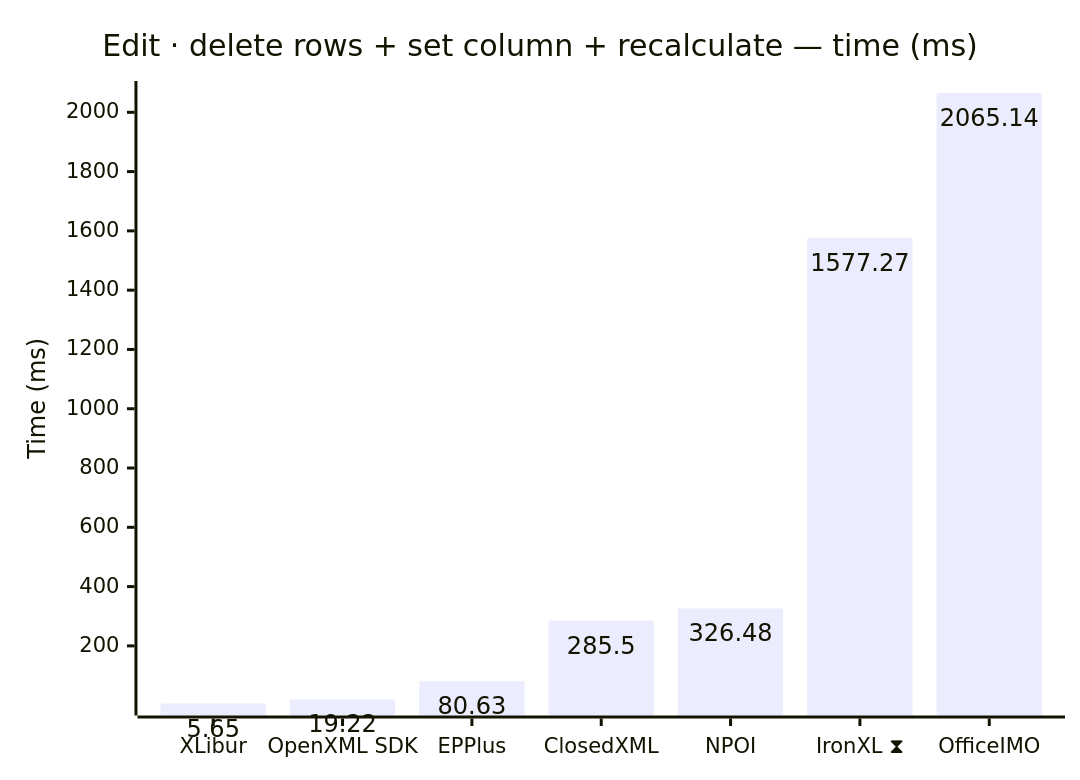
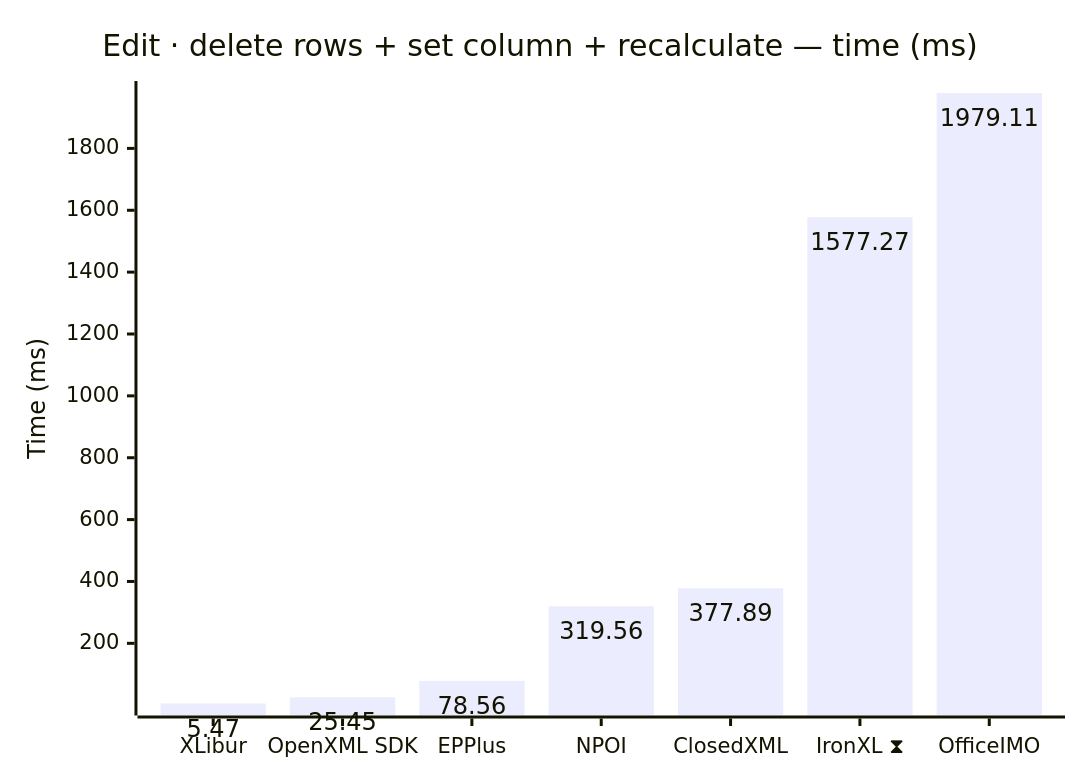
One commit to jafin/XLBench changed the ninth of 12 diagrams in docs/results-ci.md. Above: the diagram before and after it, drawn with Mermaid. The commit also changed other lines of this file, not shown here.

````diff
--- a/docs/results-ci.md
+++ b/docs/results-ci.md
@@ -147,12 +147,12 @@
 ```mermaid
 ---
 config:
   xyChart:
     showDataLabel: true
 ---
 xychart-beta
     title "Edit · delete rows + set column + recalculate — time (ms)"
-    x-axis ["XLibur", "OpenXML SDK", "EPPlus", "ClosedXML", "NPOI", "IronXL ⧗", "OfficeIMO"]
+    x-axis ["XLibur", "OpenXML SDK", "EPPlus", "NPOI", "ClosedXML", "IronXL ⧗", "OfficeIMO"]
     y-axis "Time (ms)"
-    bar [5.65, 19.22, 80.63, 285.5, 326.48, 1577.27, 2065.14]
+    bar [5.47, 25.45, 78.56, 319.56, 377.89, 1577.27, 1979.11]
 ```
````
